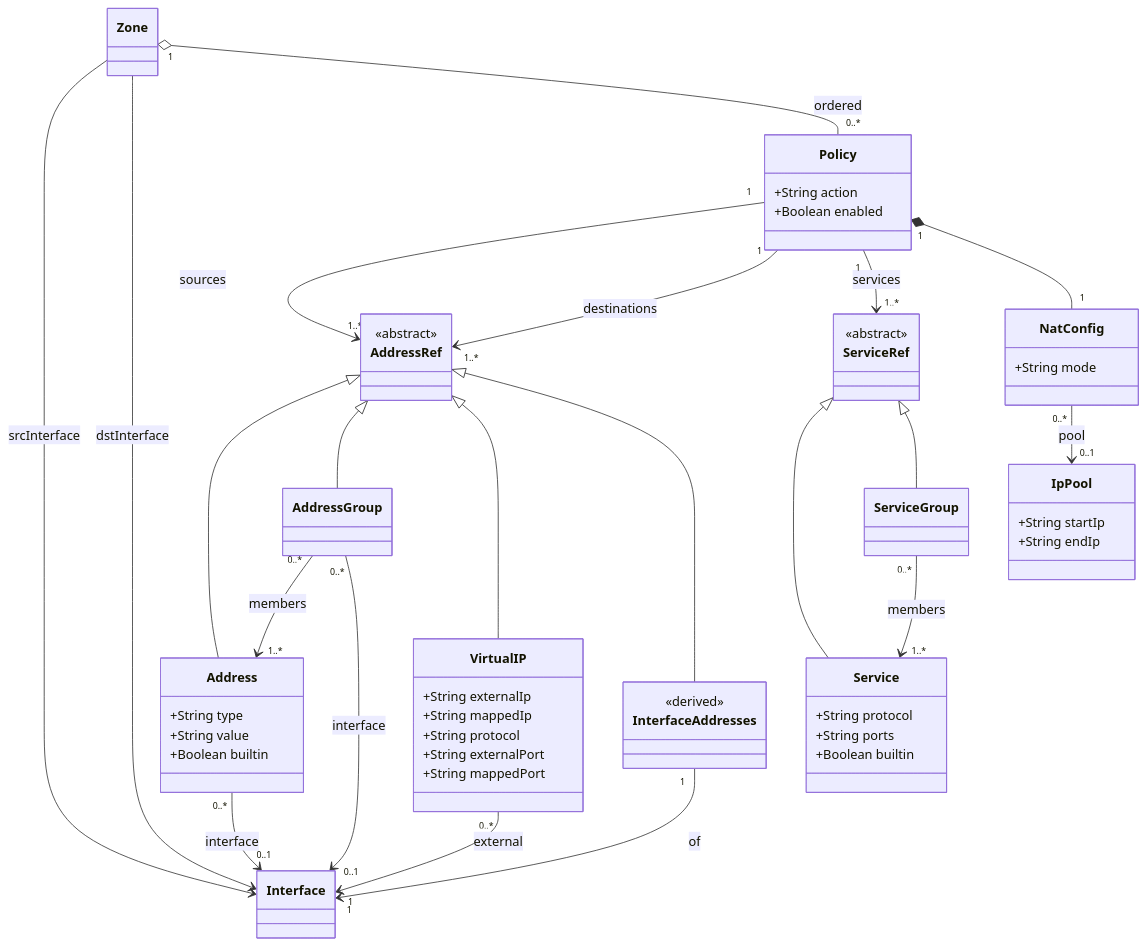
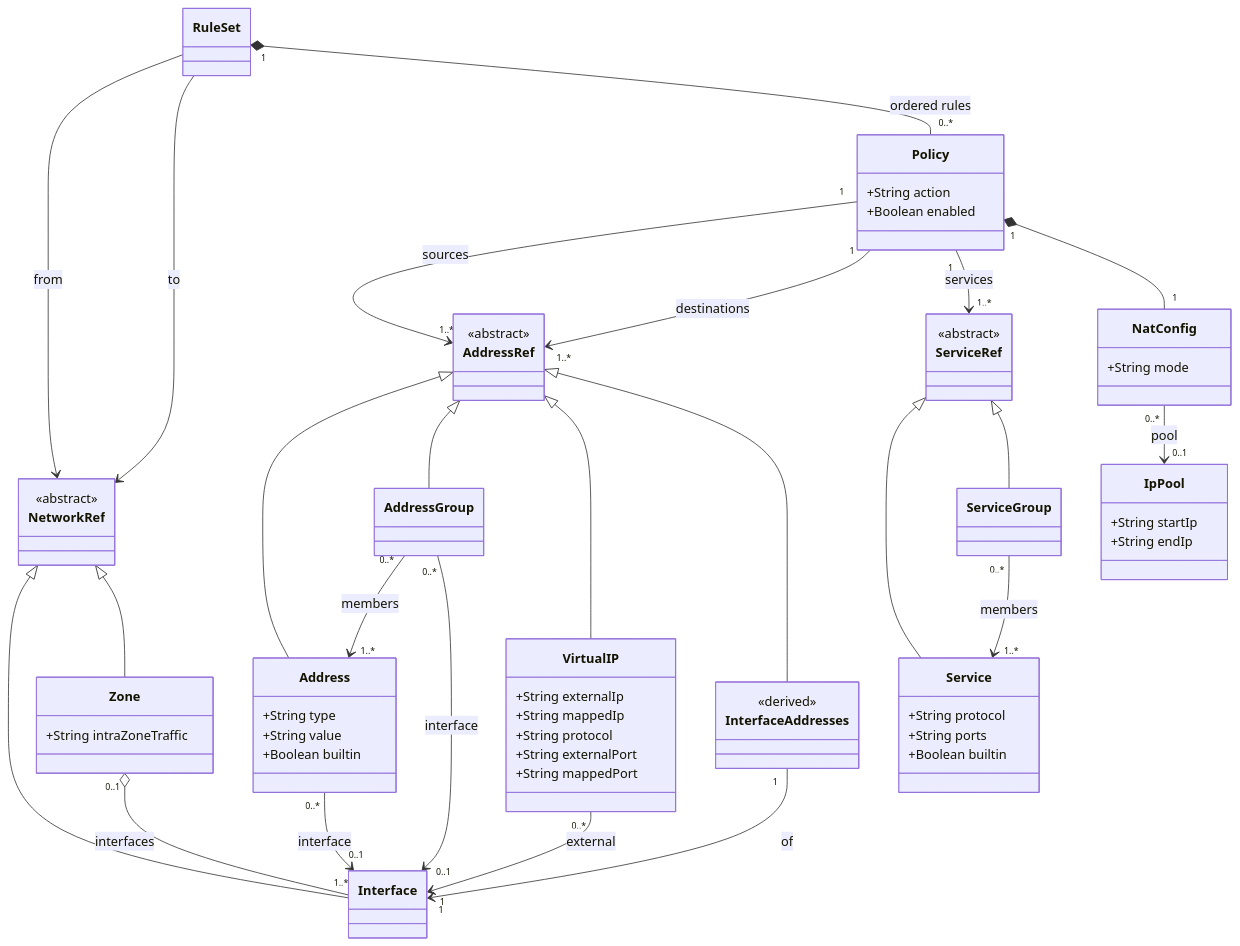
The second of 3 diagrams in domain-model.md (agos-jarvis-bot/songbird-fw), drawn with Mermaid before and after one commit. The commit also changed other lines of this file and 4 other files, not shown here.

First line of the commit message:
Separate Zones (Interface sets) from RuleSets (directed pairs)

````diff
--- a/domain-model.md
+++ b/domain-model.md
@@ -82,67 +88,76 @@
 ```mermaid
 classDiagram
+    class NetworkRef {
+        <<abstract>>
+    }
     class Interface
-    class Zone
+    class Zone {
+        +String intraZoneTraffic
+    }
+    class RuleSet
     class Policy {
         +String action
         +Boolean enabled
     }
     class NatConfig {
         +String mode
     }
     class IpPool {
         +String startIp
         +String endIp
     }
     class AddressRef {
         <<abstract>>
     }
     class Address {
         +String type
         +String value
         +Boolean builtin
     }
     class AddressGroup
     class InterfaceAddresses {
         <<derived>>
     }
     class VirtualIP {
         +String externalIp
         +String mappedIp
         +String protocol
         +String externalPort
         +String mappedPort
     }
     class ServiceRef {
         <<abstract>>
     }
     class Service {
         +String protocol
         +String ports
         +Boolean builtin
     }
     class ServiceGroup
 
-    Zone --> Interface : srcInterface
-    Zone --> Interface : dstInterface
-    Zone "1" o-- "0..*" Policy : ordered
+    NetworkRef <|-- Interface
+    NetworkRef <|-- Zone
+    Zone "0..1" o-- "1..*" Interface : interfaces
+    RuleSet --> NetworkRef : from
+    RuleSet --> NetworkRef : to
+    RuleSet "1" *-- "0..*" Policy : ordered rules
     Policy "1" --> "1..*" AddressRef : sources
     Policy "1" --> "1..*" AddressRef : destinations
     Policy "1" --> "1..*" ServiceRef : services
     Policy "1" *-- "1" NatConfig
     NatConfig "0..*" --> "0..1" IpPool : pool
 
     AddressRef <|-- Address
     AddressRef <|-- AddressGroup
     AddressRef <|-- VirtualIP
     AddressRef <|-- InterfaceAddresses
     ServiceRef <|-- Service
     ServiceRef <|-- ServiceGroup
 
     AddressGroup "0..*" --> "1..*" Address : members
     ServiceGroup "0..*" --> "1..*" Service : members
     Address "0..*" --> "0..1" Interface : interface
     AddressGroup "0..*" --> "0..1" Interface : interface
     VirtualIP "0..*" --> "1" Interface : external
     InterfaceAddresses "1" --> "1" Interface : of
 ```
````
